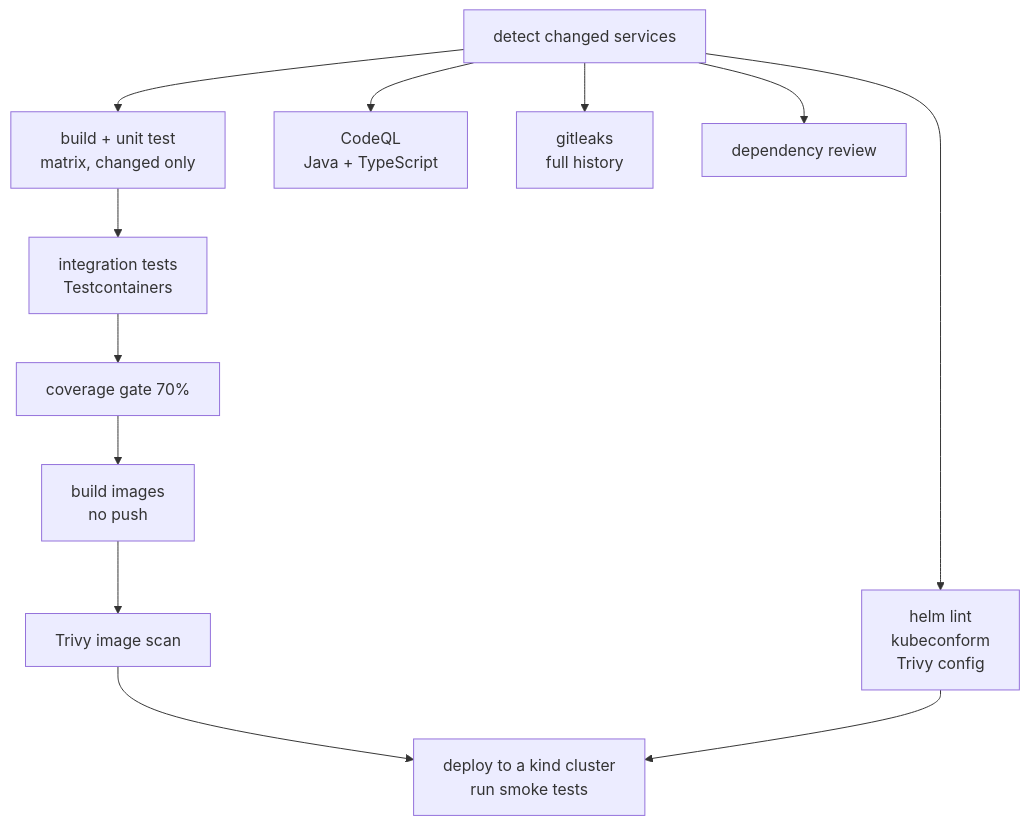
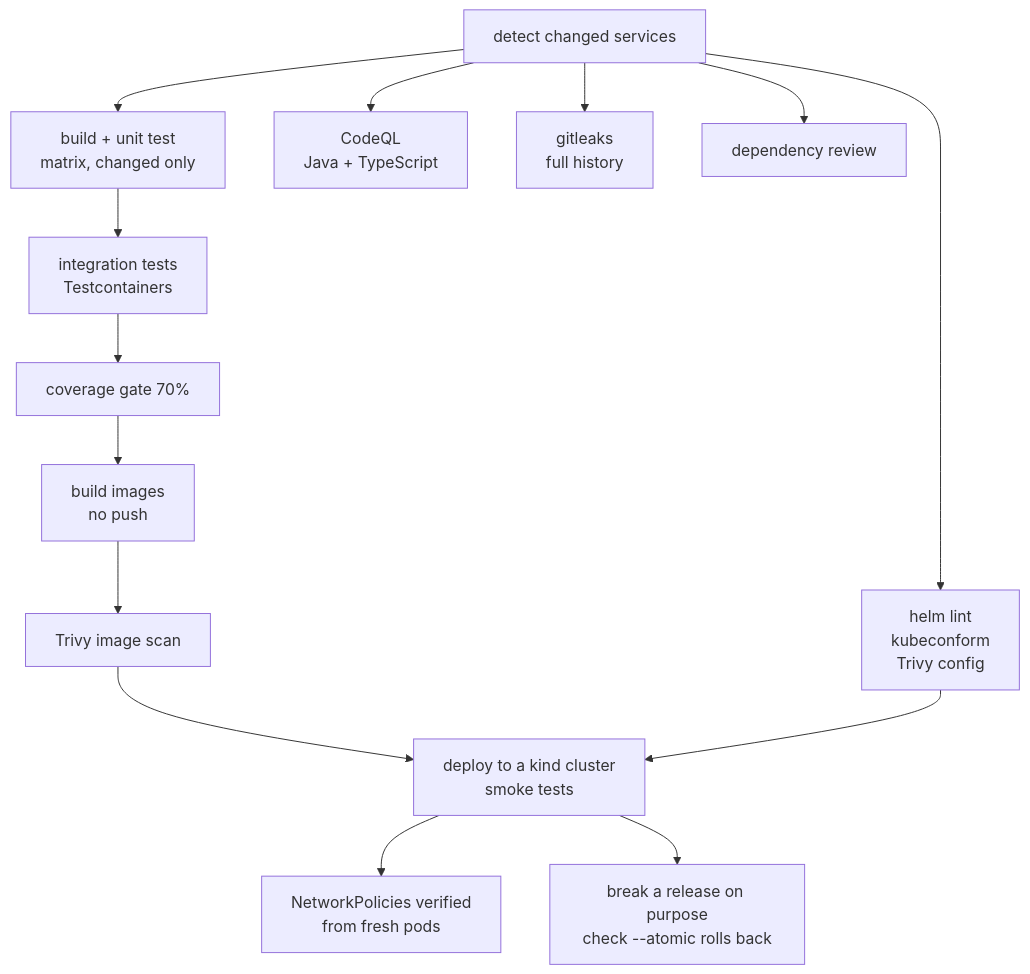
Before and after one commit to ingabireol/dinehub-platform: the first of 2 diagrams in docs/PIPELINE.md, drawn with Mermaid. The commit also changed other lines of this file and 4 other files, not shown here.

````diff
--- a/docs/PIPELINE.md
+++ b/docs/PIPELINE.md
@@ -14,14 +14,16 @@
 ```mermaid
 graph TB
     A["detect changed services"] --> B["build + unit test<br/>matrix, changed only"]
     B --> C["integration tests<br/>Testcontainers"]
     C --> D["coverage gate 70%"]
     A --> E["CodeQL<br/>Java + TypeScript"]
     A --> F["gitleaks<br/>full history"]
     A --> G["dependency review"]
     D --> H["build images<br/>no push"]
     H --> I["Trivy image scan"]
     A --> J["helm lint<br/>kubeconform<br/>Trivy config"]
-    I --> K["deploy to a kind cluster<br/>run smoke tests"]
+    I --> K["deploy to a kind cluster<br/>smoke tests"]
     J --> K
+    K --> L["NetworkPolicies verified<br/>from fresh pods"]
+    K --> M["break a release on purpose<br/>check --atomic rolls back"]
 ```
````
